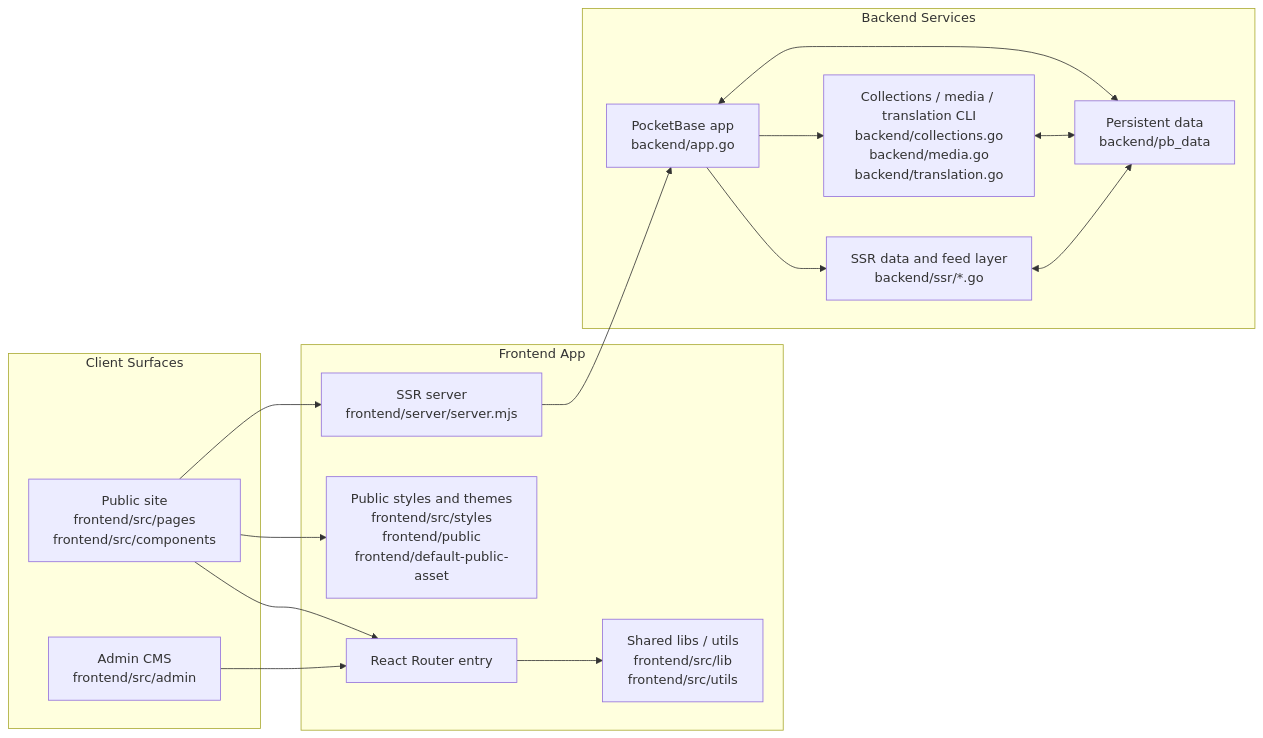
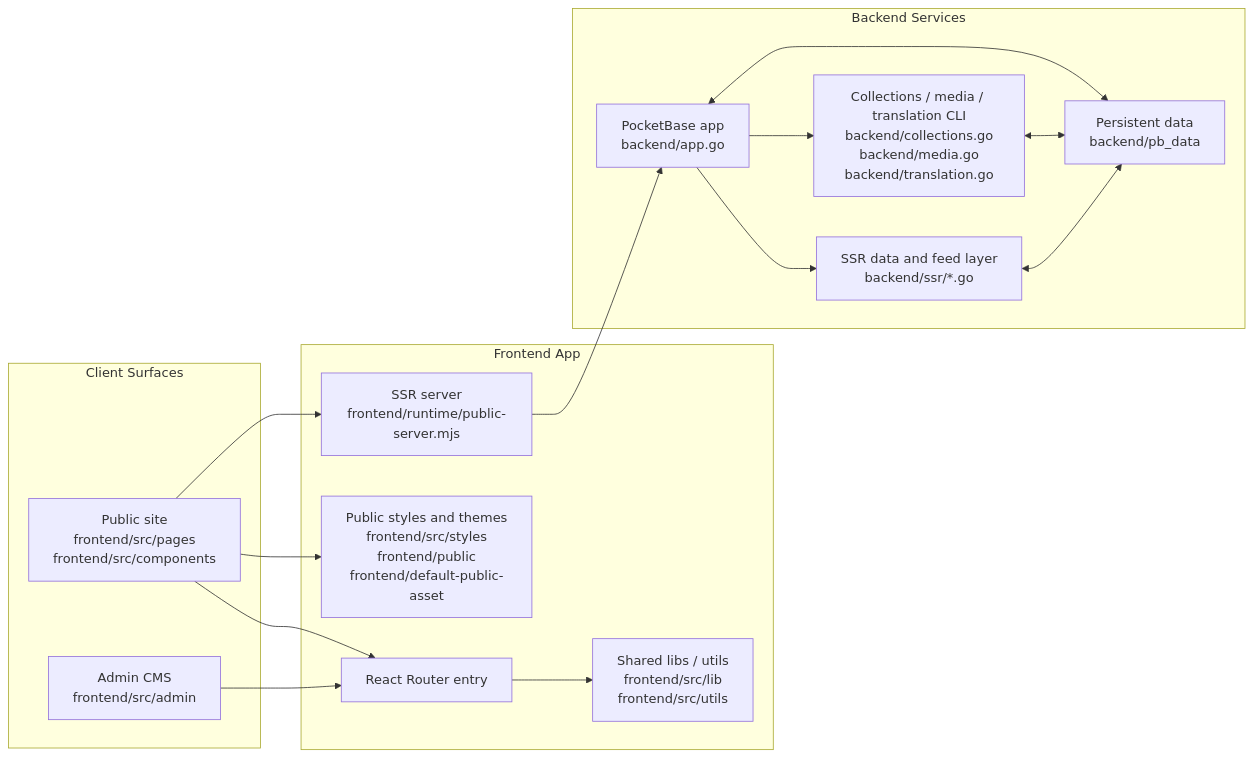
Before and after one commit to haturatu/alleycat: the diagram in README.md, drawn with Mermaid. The commit also changed other lines of this file and 75 other files, not shown here.

````diff
--- a/README.md
+++ b/README.md
@@ -29,33 +29,33 @@
 ```mermaid
 flowchart LR
   subgraph Client["Client Surfaces"]
     Public["Public site<br/>frontend/src/pages<br/>frontend/src/components"]
     Admin["Admin CMS<br/>frontend/src/admin"]
   end
 
   subgraph Frontend["Frontend App"]
     Router["React Router entry"]
     Shared["Shared libs / utils<br/>frontend/src/lib<br/>frontend/src/utils"]
     Theme["Public styles and themes<br/>frontend/src/styles<br/>frontend/public<br/>frontend/default-public-asset"]
-    SSR["SSR server<br/>frontend/server/server.mjs"]
+    SSR["SSR server<br/>frontend/runtime/public-server.mjs"]
   end
 
   subgraph Backend["Backend Services"]
     PB["PocketBase app<br/>backend/app.go"]
     Collections["Collections / media / translation CLI<br/>backend/collections.go<br/>backend/media.go<br/>backend/translation.go"]
     SSRData["SSR data and feed layer<br/>backend/ssr/*.go"]
     Data["Persistent data<br/>backend/pb_data"]
   end
 
   Public --> Router
   Admin --> Router
   Router --> Shared
   Public --> Theme
   Public --> SSR
   SSR --> PB
   PB --> Collections
   PB --> SSRData
   PB <--> Data
   Collections <--> Data
   SSRData <--> Data
 ```
````
